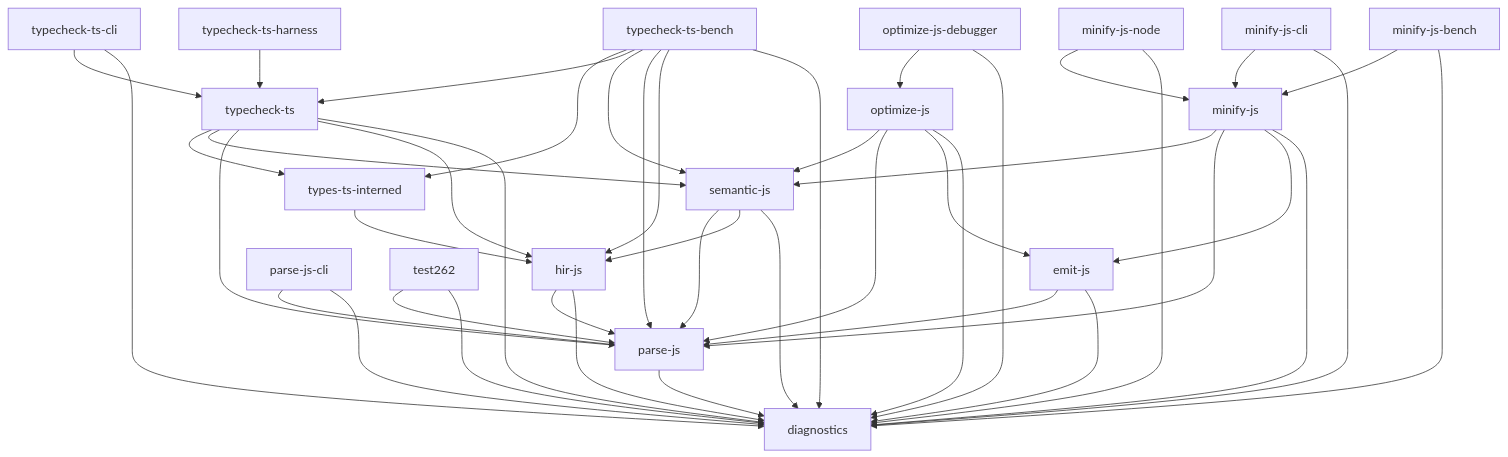
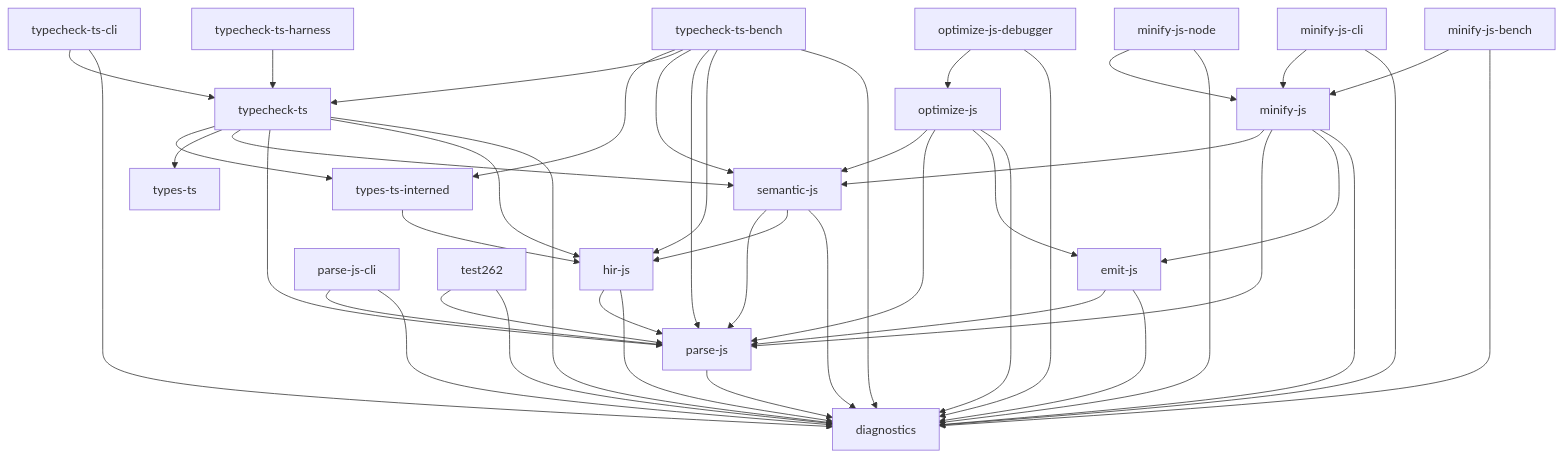
The diagram in docs/deps.md (wilsonzlin/ecma-rs), drawn with Mermaid before and after one commit. The commit also changed 2 other files, not shown here.

Commit message:
ci: enforce docs/deps.md stays current

````diff
--- a/docs/deps.md
+++ b/docs/deps.md
@@ -7,64 +7,66 @@
 ```mermaid
 graph TD
     diagnostics["diagnostics"]
     emit_js["emit-js"]
     hir_js["hir-js"]
     minify_js["minify-js"]
     minify_js_bench["minify-js-bench"]
     minify_js_cli["minify-js-cli"]
     minify_js_node["minify-js-node"]
     optimize_js["optimize-js"]
     optimize_js_debugger["optimize-js-debugger"]
     parse_js["parse-js"]
     parse_js_cli["parse-js-cli"]
     semantic_js["semantic-js"]
     test262["test262"]
     typecheck_ts["typecheck-ts"]
     typecheck_ts_bench["typecheck-ts-bench"]
     typecheck_ts_cli["typecheck-ts-cli"]
     typecheck_ts_harness["typecheck-ts-harness"]
+    types_ts["types-ts"]
     types_ts_interned["types-ts-interned"]
     emit_js --> diagnostics
     emit_js --> parse_js
     hir_js --> diagnostics
     hir_js --> parse_js
     minify_js --> diagnostics
     minify_js --> emit_js
     minify_js --> parse_js
     minify_js --> semantic_js
     minify_js_bench --> diagnostics
     minify_js_bench --> minify_js
     minify_js_cli --> diagnostics
     minify_js_cli --> minify_js
     minify_js_node --> diagnostics
     minify_js_node --> minify_js
     optimize_js --> diagnostics
     optimize_js --> emit_js
     optimize_js --> parse_js
     optimize_js --> semantic_js
     optimize_js_debugger --> diagnostics
     optimize_js_debugger --> optimize_js
     parse_js --> diagnostics
     parse_js_cli --> diagnostics
     parse_js_cli --> parse_js
     semantic_js --> diagnostics
     semantic_js --> hir_js
     semantic_js --> parse_js
     test262 --> diagnostics
     test262 --> parse_js
     typecheck_ts --> diagnostics
     typecheck_ts --> hir_js
     typecheck_ts --> parse_js
     typecheck_ts --> semantic_js
+    typecheck_ts --> types_ts
     typecheck_ts --> types_ts_interned
     typecheck_ts_bench --> diagnostics
     typecheck_ts_bench --> hir_js
     typecheck_ts_bench --> parse_js
     typecheck_ts_bench --> semantic_js
     typecheck_ts_bench --> typecheck_ts
     typecheck_ts_bench --> types_ts_interned
     typecheck_ts_cli --> diagnostics
     typecheck_ts_cli --> typecheck_ts
     typecheck_ts_harness --> typecheck_ts
     types_ts_interned --> hir_js
 ```
````
